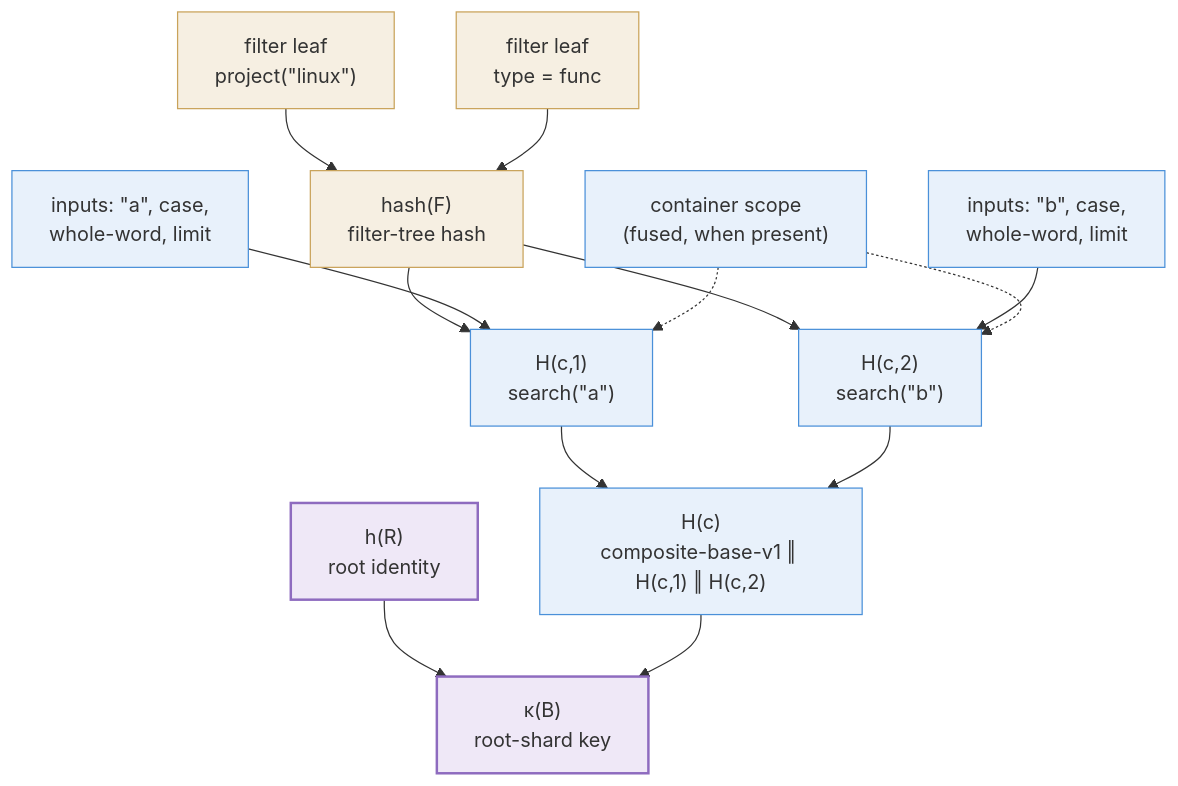
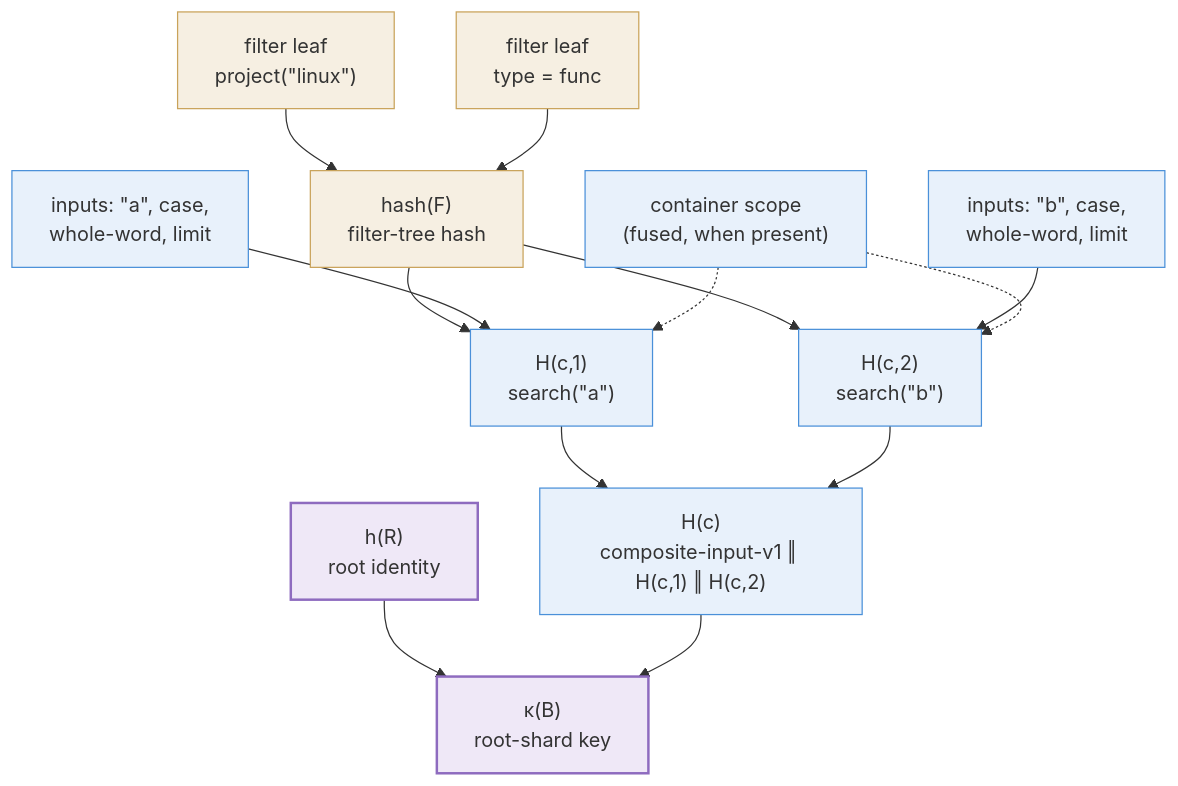
The diagram in content/docs/design/layer-keys.md (codevyr/codevyr.github.io), drawn with Mermaid before and after one commit. The commit also changed other lines of this file and 6 other files, not shown here.

````diff
--- a/content/docs/design/layer-keys.md
+++ b/content/docs/design/layer-keys.md
@@ -121,22 +121,22 @@
 ```mermaid
 graph TD
     L1["filter leaf<br/>project(&quot;linux&quot;)"] --> F["hash(F)<br/>filter-tree hash"]
     L2["filter leaf<br/>type = func"] --> F
     F --> H1["H(c,1)<br/>search(&quot;a&quot;)"]
     F --> H2["H(c,2)<br/>search(&quot;b&quot;)"]
     I1["inputs: &quot;a&quot;, case,<br/>whole-word, limit"] --> H1
     I2["inputs: &quot;b&quot;, case,<br/>whole-word, limit"] --> H2
     PS["container scope<br/>(fused, when present)"] -.-> H1
     PS -.-> H2
-    H1 --> HT["H(c)<br/>composite-base-v1 ‖ H(c,1) ‖ H(c,2)"]
+    H1 --> HT["H(c)<br/>composite-input-v1 ‖ H(c,1) ‖ H(c,2)"]
     H2 --> HT
     HR["h(R)<br/>root identity"] --> K["κ(B)<br/>root-shard key"]
     HT --> K
 
     classDef filt fill:#f6efe2,stroke:#c9a35a;
     classDef verb fill:#e8f1fb,stroke:#4a90d9;
     classDef key fill:#efe8f7,stroke:#8e6bbf,stroke-width:2px;
     class L1,L2,F filt;
     class I1,I2,H1,H2,HT,PS verb;
     class HR,K key;
 ```
````
